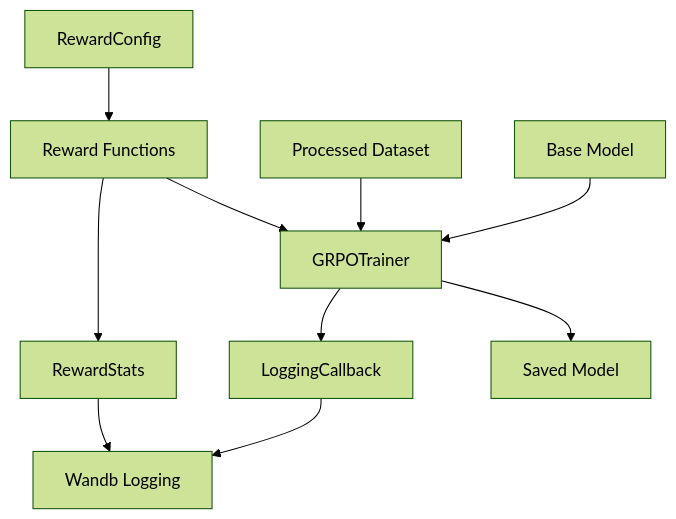
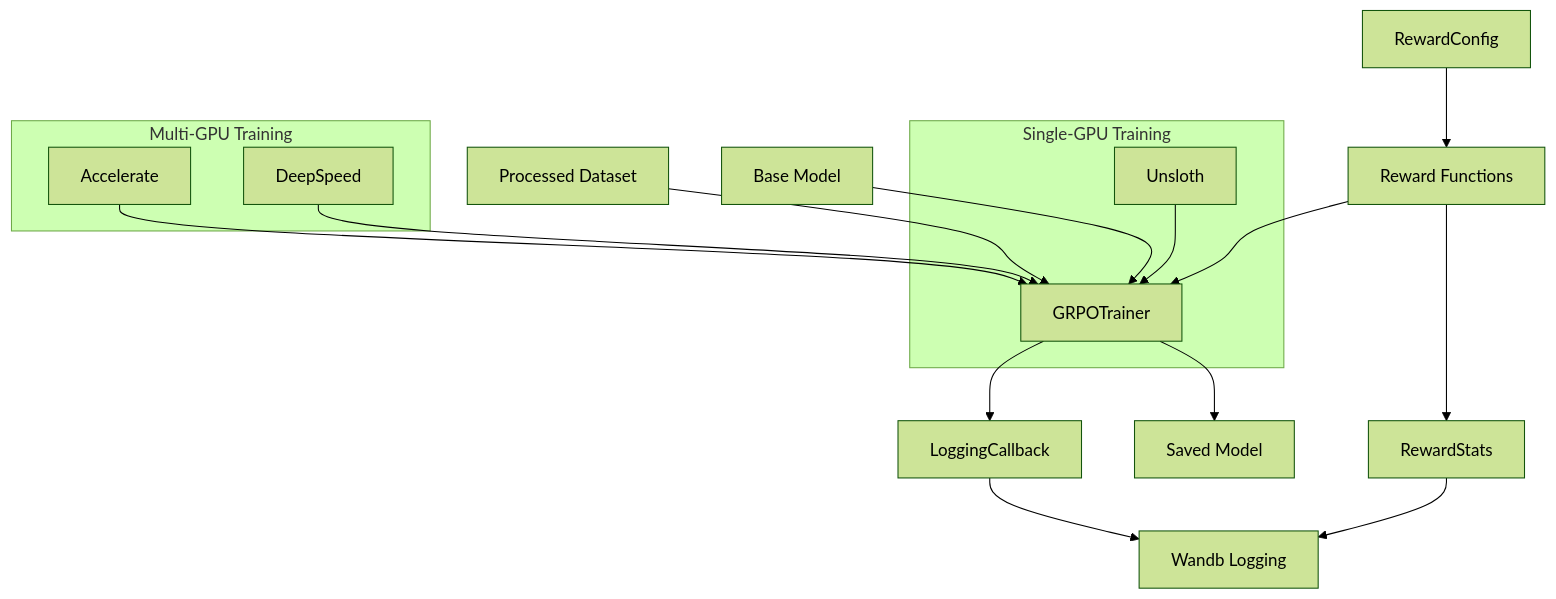
One commit to artnoage/AIMO2_initial changed the second of 3 diagrams in memory-bank/systemPatterns.md. Above: the diagram before and after it, drawn with Mermaid (forest theme). The commit also changed other lines of this file and 9 other files, not shown here.

````diff
--- a/memory-bank/systemPatterns.md
+++ b/memory-bank/systemPatterns.md
@@ -57,12 +57,21 @@
 ```mermaid
 graph TD
     Config[RewardConfig] --> Reward[Reward Functions]
     Reward --> Stats[RewardStats]
     Dataset[Processed Dataset] --> Trainer[GRPOTrainer]
     Model[Base Model] --> Trainer
     Reward --> Trainer
     Trainer --> Callback[LoggingCallback]
     Callback --> Wandb[Wandb Logging]
     Stats --> Wandb
     Trainer --> SavedModel[Saved Model]
+    
+    subgraph "Single-GPU Training"
+        Unsloth[Unsloth] --> Trainer
+    end
+    
+    subgraph "Multi-GPU Training"
+        Accelerate[Accelerate] --> Trainer
+        DeepSpeed[DeepSpeed] --> Trainer
+    end
 ```
````
